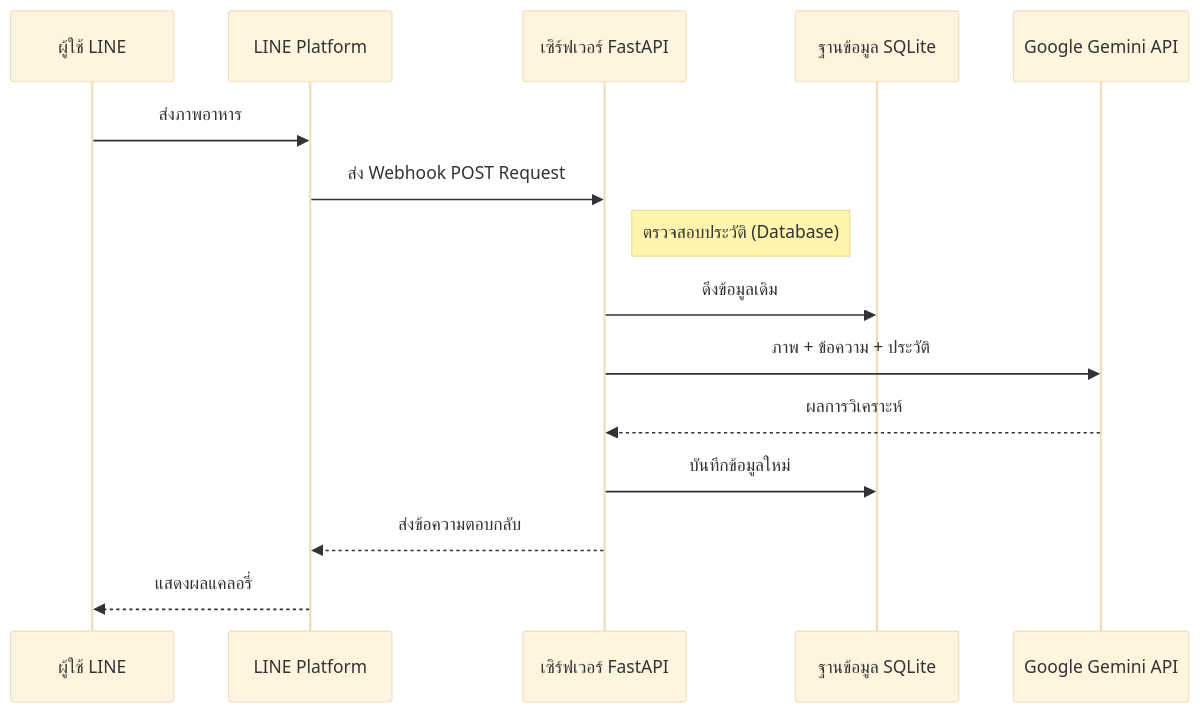
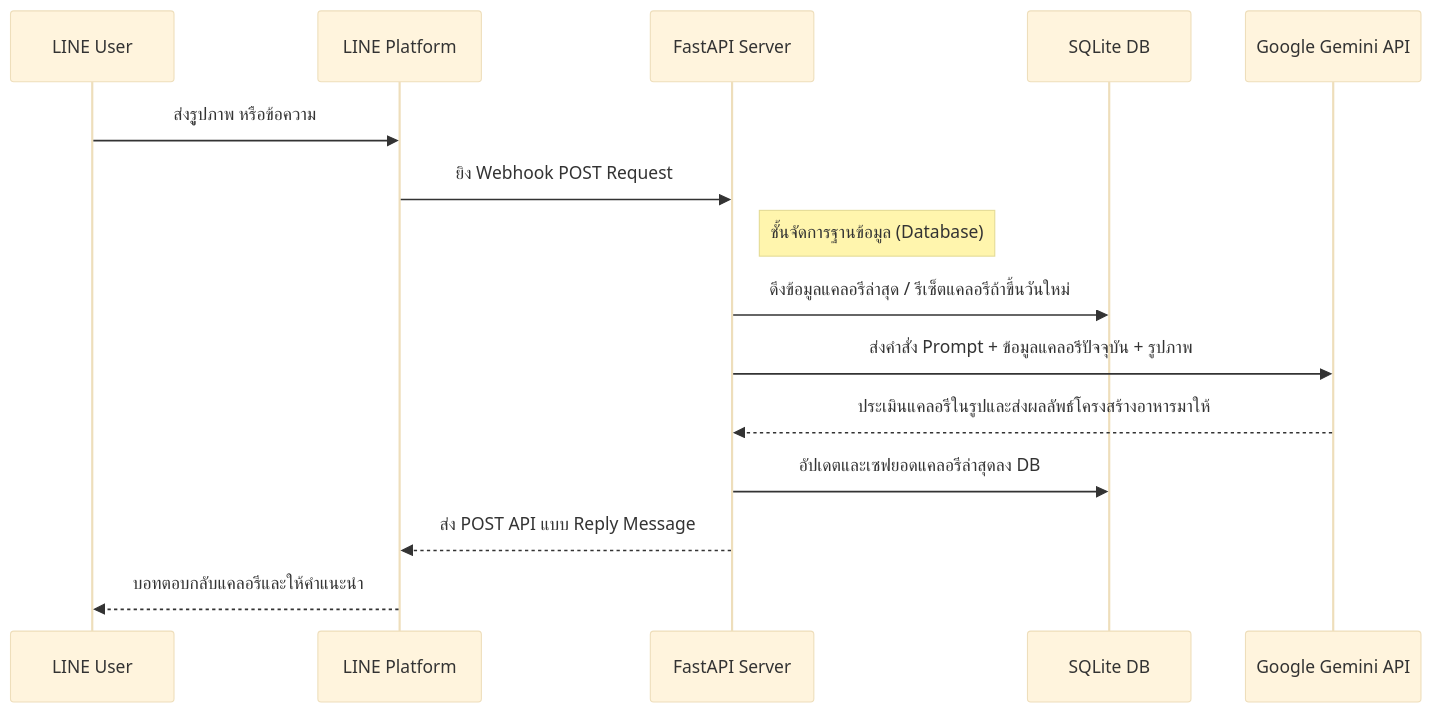
Before and after one commit to welltilln/howmanycals: the diagram in docs/README-TH.md, drawn with Mermaid (base theme). The commit also changed other lines of this file and 4 other files, not shown here.

````diff
--- a/docs/README-TH.md
+++ b/docs/README-TH.md
@@ -38,18 +46,18 @@
 ```mermaid
 sequenceDiagram
-    participant User as ผู้ใช้ LINE
+    participant User as LINE User
     participant LINE as LINE Platform
-    participant App as เซิร์ฟเวอร์ FastAPI
-    participant DB as ฐานข้อมูล SQLite
+    participant App as FastAPI Server
+    participant DB as SQLite DB
     participant Gemini as Google Gemini API
 
-    User->>LINE: ส่งภาพอาหาร
-    LINE->>App: ส่ง Webhook POST Request
-    Note right of App: ตรวจสอบประวัติ (Database)
-    App->>DB: ดึงข้อมูลเดิม
-    App->>Gemini: ภาพ + ข้อความ + ประวัติ
-    Gemini-->>App: ผลการวิเคราะห์
-    App->>DB: บันทึกข้อมูลใหม่
-    App-->>LINE: ส่งข้อความตอบกลับ
-    LINE-->>User: แสดงผลแคลอรี่
+    User->>LINE: ส่งรููปภาพ หรือข้อความ
+    LINE->>App: ยิง Webhook POST Request
+    Note right of App: ชั้นจัดการฐานข้อมูล (Database)
+    App->>DB: ดึงข้อมูลแคลอรีล่าสุด / รีเซ็ตแคลอรีถ้าขึ้นวันใหม่
+    App->>Gemini: ส่งคำสั่ง Prompt + ข้อมูลแคลอรีปัจจุบัน + รูปภาพ 
+    Gemini-->>App: ประเมินแคลอรีในรูปและส่งผลลัพธ์โครงสร้างอาหารมาให้
+    App->>DB: อัปเดตและเซฟยอดแคลอรีล่าสุดลง DB
+    App-->>LINE: ส่ง POST API แบบ Reply Message
+    LINE-->>User: บอทตอบกลับแคลอรีและให้คำแนะนำ
 ```
````
